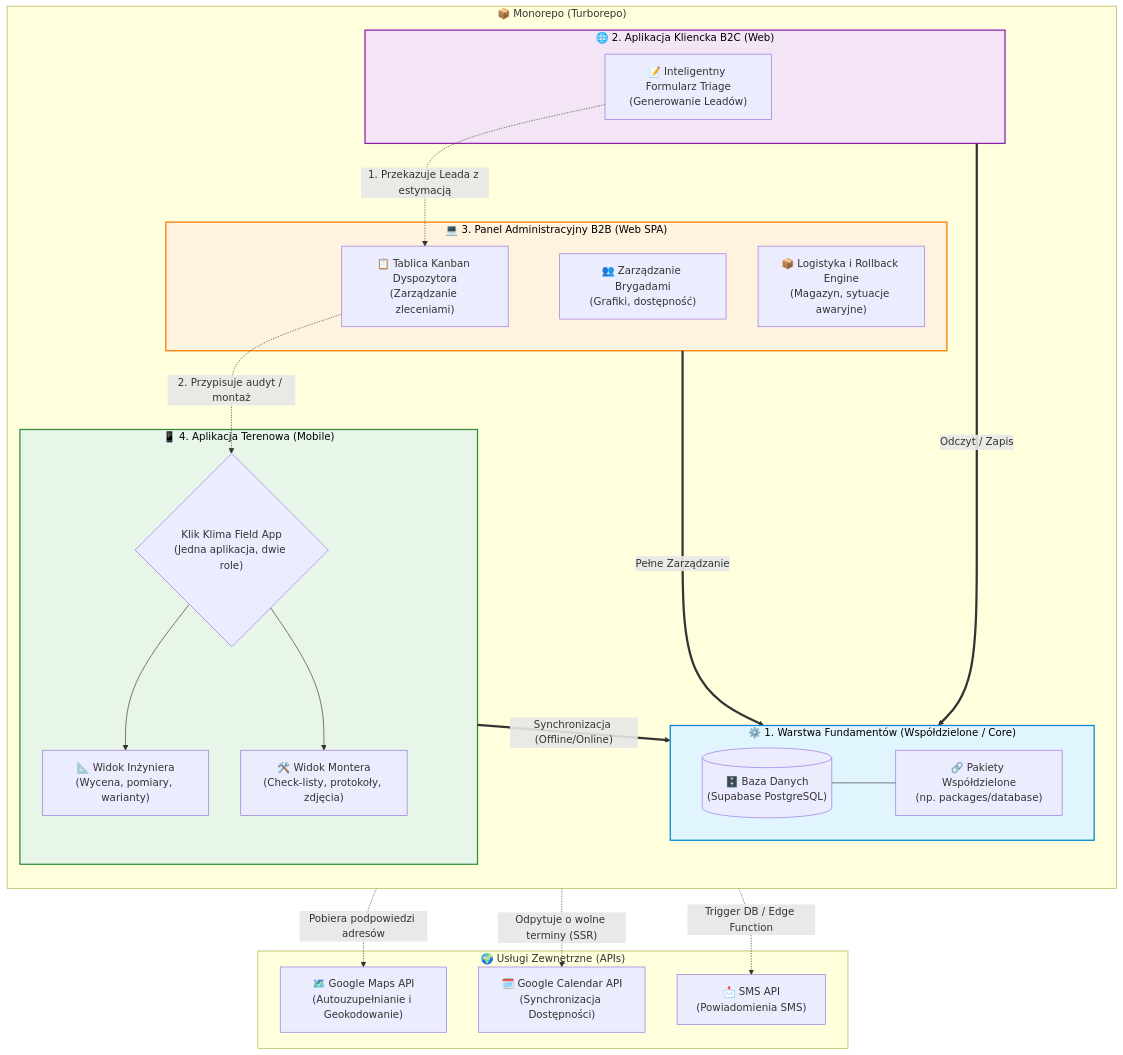
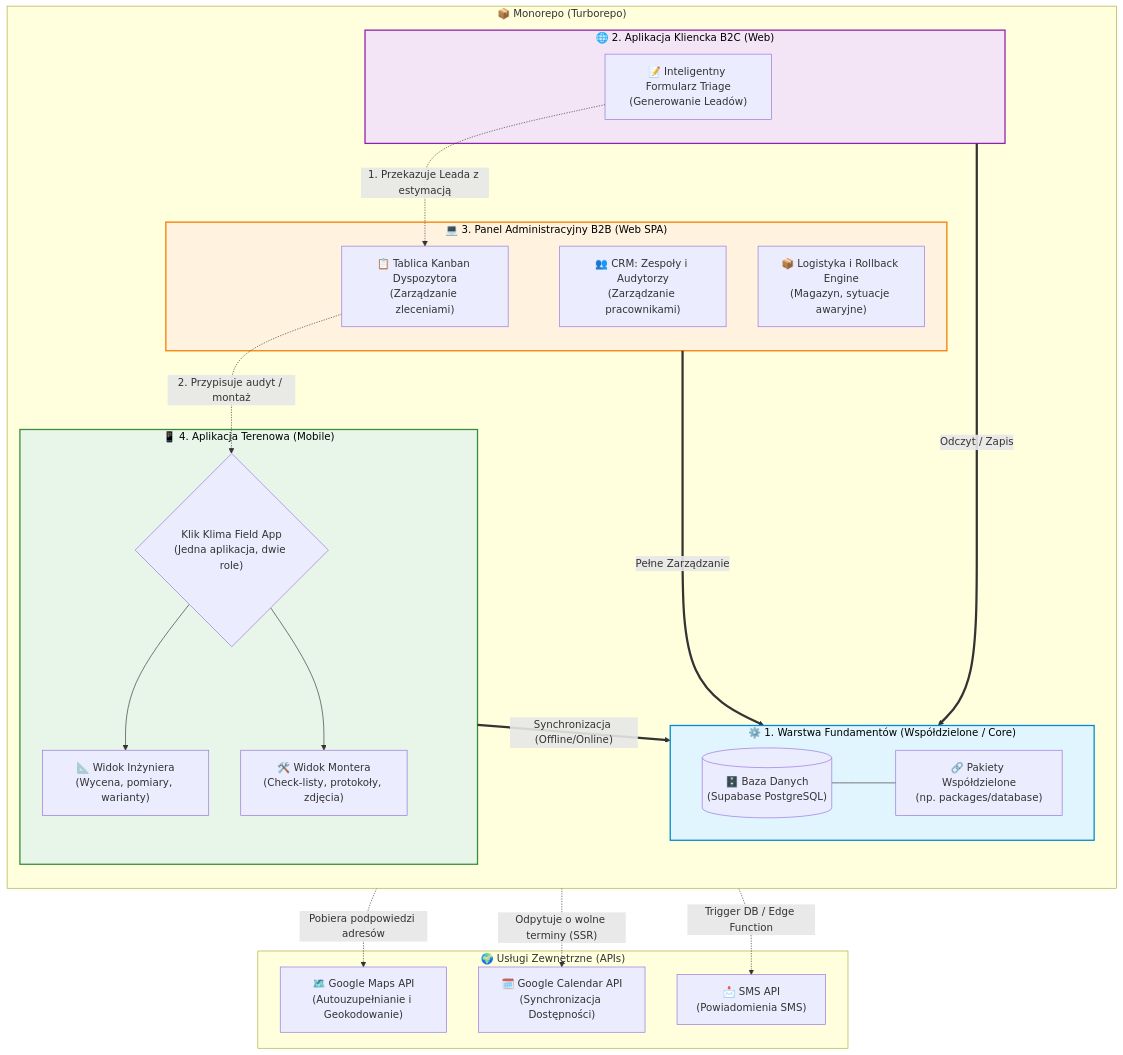
The first of 3 diagrams in turborepo/docs/architecture/system_architecture.md (aiprojectmanagersznurowski-afk/klikklima-system), drawn with Mermaid before and after one commit. The commit also changed other lines of this file and 29 other files, not shown here.

````diff
--- a/turborepo/docs/architecture/system_architecture.md
+++ b/turborepo/docs/architecture/system_architecture.md
@@ -9,62 +9,62 @@
 ```mermaid
 flowchart TB
     subgraph Monorepo["📦 Monorepo (Turborepo)"]
         direction TB
 
         subgraph Core["⚙️ 1. Warstwa Fundamentów (Współdzielone / Core)"]
             direction LR
             DB[("🗄️ Baza Danych\n(Supabase PostgreSQL)")]
             E2E["🔗 Pakiety Współdzielone\n(np. packages/database)"]
             DB --- E2E
         end
 
         subgraph B2C["🌐 2. Aplikacja Kliencka B2C (Web)"]
             Triage["📝 Inteligentny Formularz Triage\n(Generowanie Leadów)"]
         end
 
         subgraph B2B["💻 3. Panel Administracyjny B2B (Web SPA)"]
             Kanban["📋 Tablica Kanban Dyspozytora\n(Zarządzanie zleceniami)"]
-            Crew["👥 Zarządzanie Brygadami\n(Grafiki, dostępność)"]
+            Crew["👥 CRM: Zespoły i Audytorzy\n(Zarządzanie pracownikami)"]
             Rollback["📦 Logistyka i Rollback Engine\n(Magazyn, sytuacje awaryjne)"]
         end
 
         subgraph Mobile["📱 4. Aplikacja Terenowa (Mobile)"]
             FieldApp{"Klik Klima Field App\n(Jedna aplikacja, dwie role)"}
             Eng["📐 Widok Inżyniera\n(Wycena, pomiary, warianty)"]
             Inst["🛠️ Widok Montera\n(Check-listy, protokoły, zdjęcia)"]
             
             FieldApp --> Eng
             FieldApp --> Inst
         end
 
         %% Relacje dostępu do bazy
         B2C == Odczyt / Zapis ==> Core
         B2B == Pełne Zarządzanie ==> Core
         Mobile == Synchronizacja (Offline/Online) ==> Core
 
         %% Przykładowy przepływ biznesowy (przerywane linie)
         Triage -. "1. Przekazuje Leada z estymacją" .-> Kanban
         Kanban -. "2. Przypisuje audyt / montaż" .-> FieldApp
     end
 
     subgraph External["🌍 Usługi Zewnętrzne (APIs)"]
         GoogleMaps["🗺️ Google Maps API\n(Autouzupełnianie i Geokodowanie)"]
         GoogleCal["🗓️ Google Calendar API\n(Synchronizacja Dostępności)"]
         SMSApi["📩 SMS API\n(Powiadomienia SMS)"]
     end
 
     %% Relacje z zewnątrz
     B2C -. "Pobiera podpowiedzi adresów" .-> GoogleMaps
     B2C -. "Odpytuje o wolne terminy (SSR)" .-> GoogleCal
     Core -. "Trigger DB / Edge Function" .-> SMSApi
 
     classDef core fill:#e1f5fe,stroke:#0288d1,stroke-width:2px,color:#000;
     classDef web fill:#f3e5f5,stroke:#8e24aa,stroke-width:2px,color:#000;
     classDef admin fill:#fff3e0,stroke:#f57c00,stroke-width:2px,color:#000;
     classDef mobile fill:#e8f5e9,stroke:#388e3c,stroke-width:2px,color:#000;
 
     class Core core;
     class B2C web;
     class B2B admin;
     class Mobile mobile;
 ```
````
